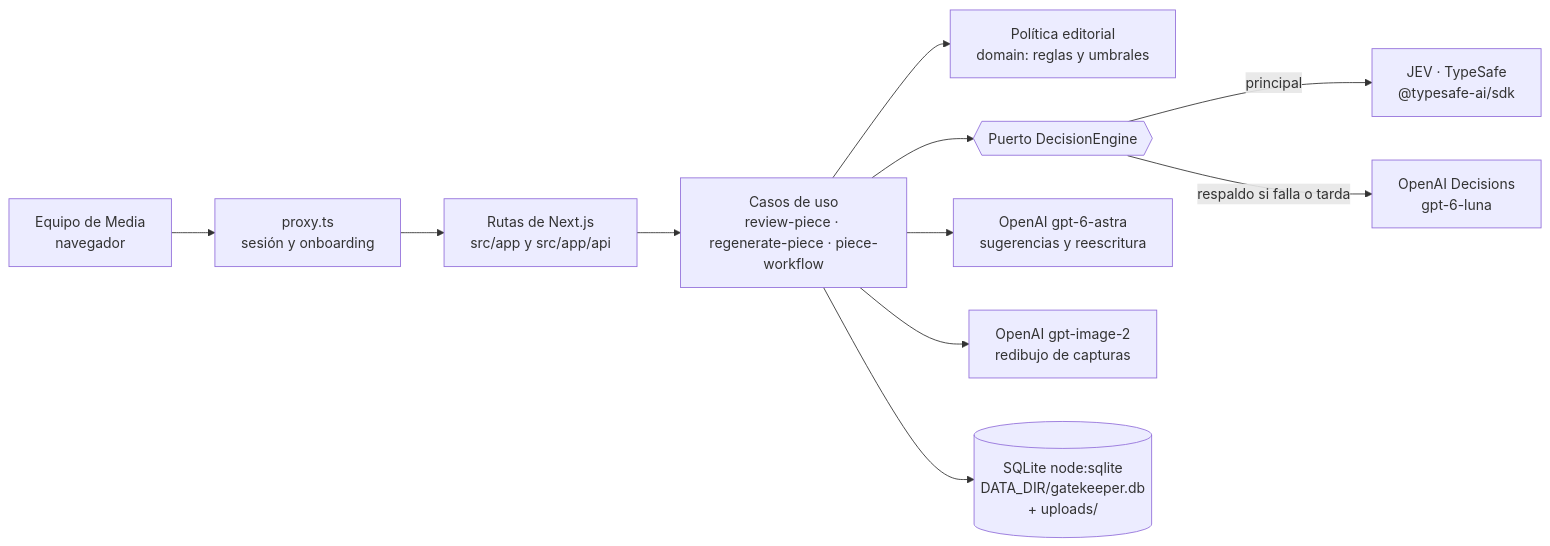
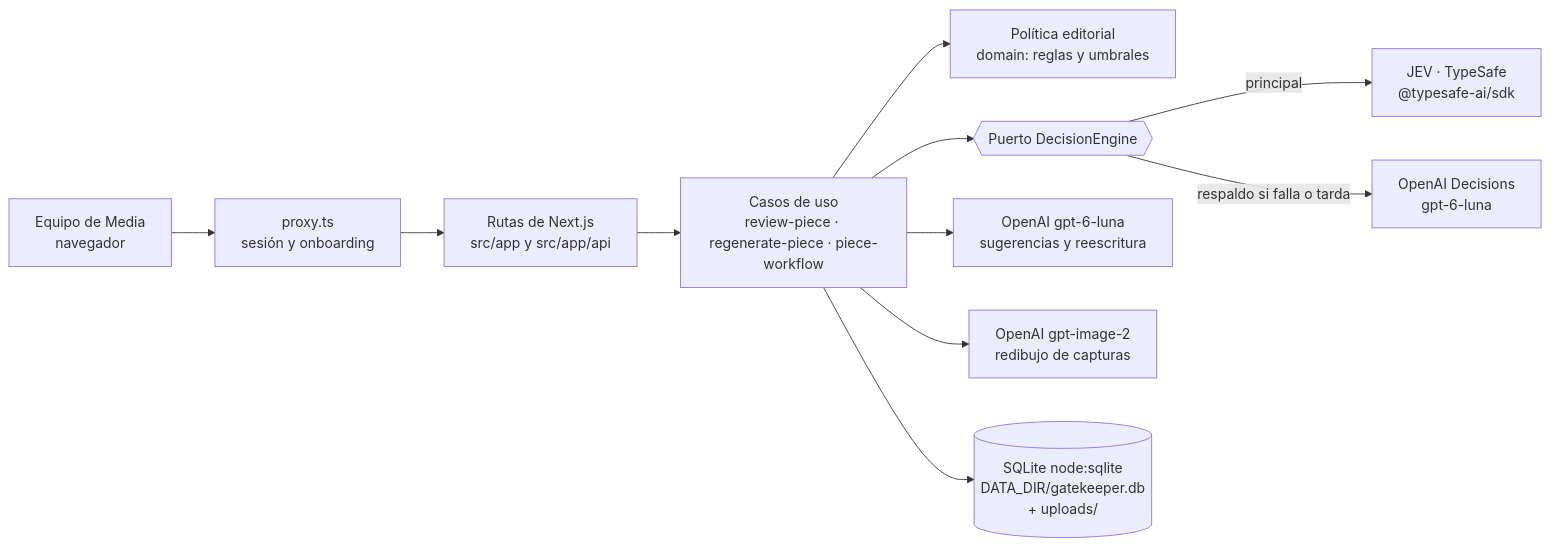
One commit to Michael-Liendo/gatekeeper-30x changed the diagram in README.md. Above: the diagram before and after it, drawn with Mermaid. The commit also changed other lines of this file and 2 other files, not shown here.

Commit message:
docs: refresh the regeneration example with gpt-6-luna (#16)
Re-ran the spam screenshot case in production with gpt-6-luna; JEV approved the new version. Slide 6, README and playbook now show that output.

````diff
--- a/README.md
+++ b/README.md
@@ -119,13 +119,13 @@
 ```mermaid
 flowchart LR
   U[Equipo de Media<br/>navegador] --> P[proxy.ts<br/>sesión y onboarding]
   P --> R[Rutas de Next.js<br/>src/app y src/app/api]
   R --> UC[Casos de uso<br/>review-piece · regenerate-piece · piece-workflow]
   UC --> POL[Política editorial<br/>domain: reglas y umbrales]
   UC --> DE{{Puerto DecisionEngine}}
   DE -->|principal| JEV[JEV · TypeSafe<br/>@typesafe-ai/sdk]
   DE -->|respaldo si falla o tarda| OAD[OpenAI Decisions<br/>gpt-6-luna]
-  UC --> LLM[OpenAI gpt-6-astra<br/>sugerencias y reescritura]
+  UC --> LLM[OpenAI gpt-6-luna<br/>sugerencias y reescritura]
   UC --> IMG[OpenAI gpt-image-2<br/>redibujo de capturas]
   UC --> DB[(SQLite node:sqlite<br/>DATA_DIR/gatekeeper.db<br/>+ uploads/)]
 ```
````
